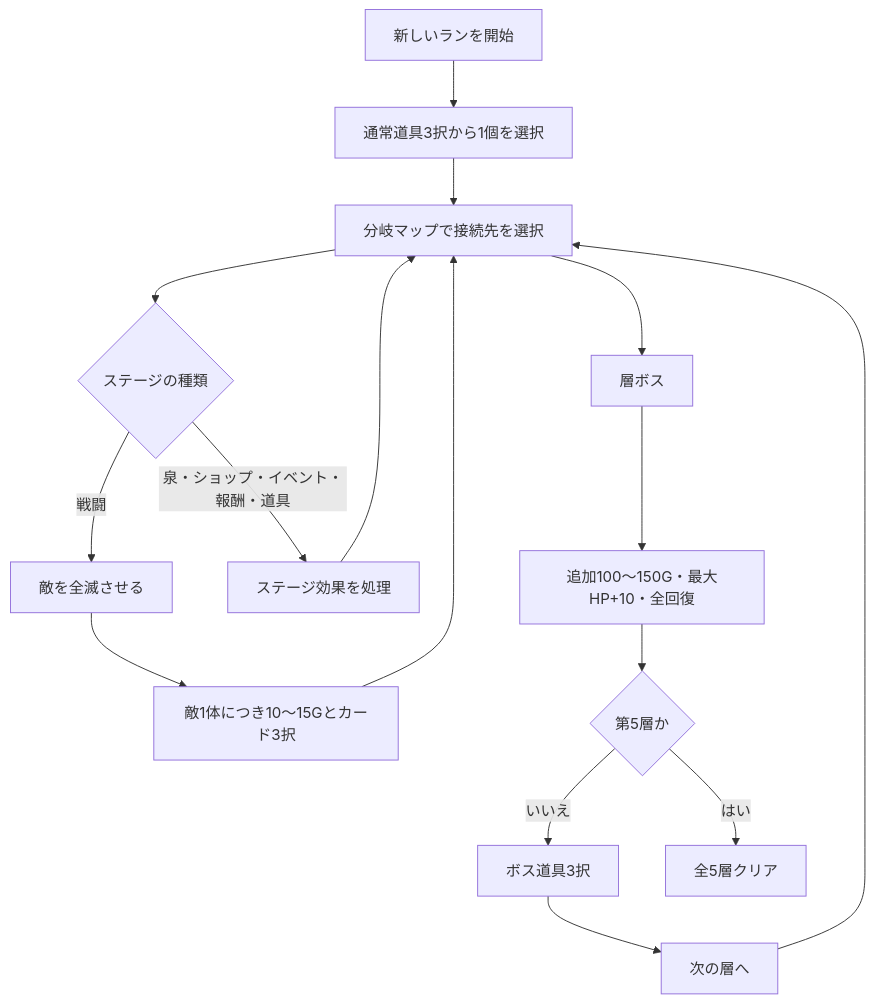
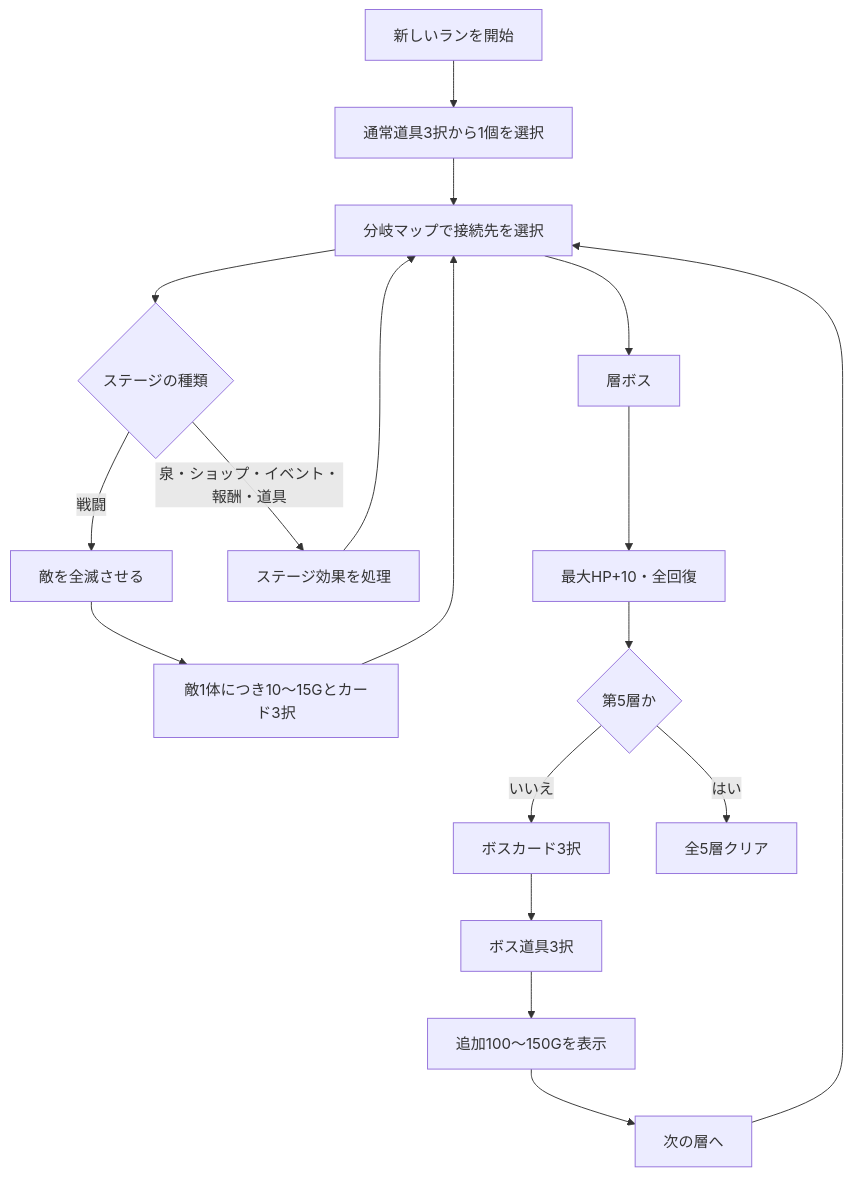
One commit to rain08080-0o0x/LostPage changed the diagram in LostPage企画草案.md. Above: the diagram before and after it, drawn with Mermaid. The commit also changed other lines of this file and 10 other files, not shown here.

````diff
--- a/LostPage企画草案.md
+++ b/LostPage企画草案.md
@@ -41,18 +41,20 @@
 ```mermaid
 flowchart TD
     A["新しいランを開始"] --> B["通常道具3択から1個を選択"]
     B --> C["分岐マップで接続先を選択"]
     C --> D{"ステージの種類"}
     D -->|戦闘| E["敵を全滅させる"]
     D -->|泉・ショップ・イベント・報酬・道具| F["ステージ効果を処理"]
     E --> G["敵1体につき10～15Gとカード3択"]
     F --> C
     G --> C
     C --> H["層ボス"]
-    H --> M["追加100～150G・最大HP+10・全回復"]
+    H --> M["最大HP+10・全回復"]
     M --> I{"第5層か"}
-    I -->|いいえ| J["ボス道具3択"]
-    J --> K["次の層へ"]
+    I -->|いいえ| N["ボスカード3択"]
+    N --> J["ボス道具3択"]
+    J --> O["追加100～150Gを表示"]
+    O --> K["次の層へ"]
     K --> C
     I -->|はい| L["全5層クリア"]
 ```
````
